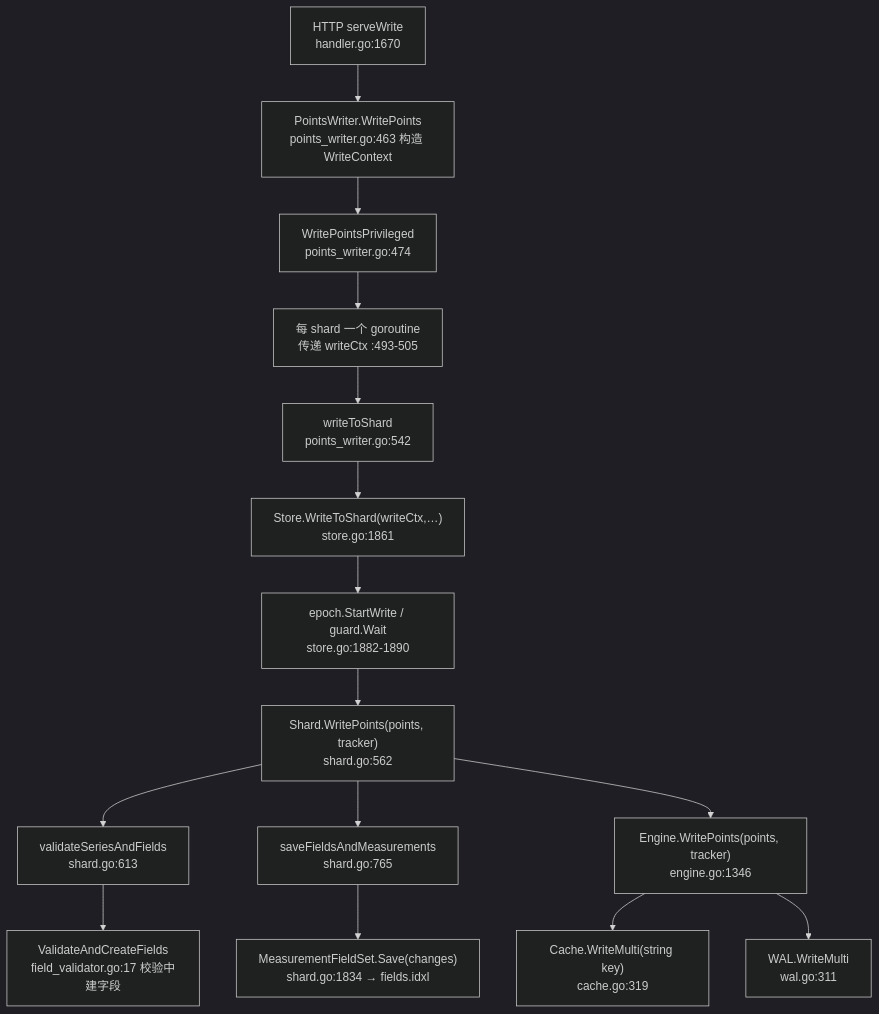
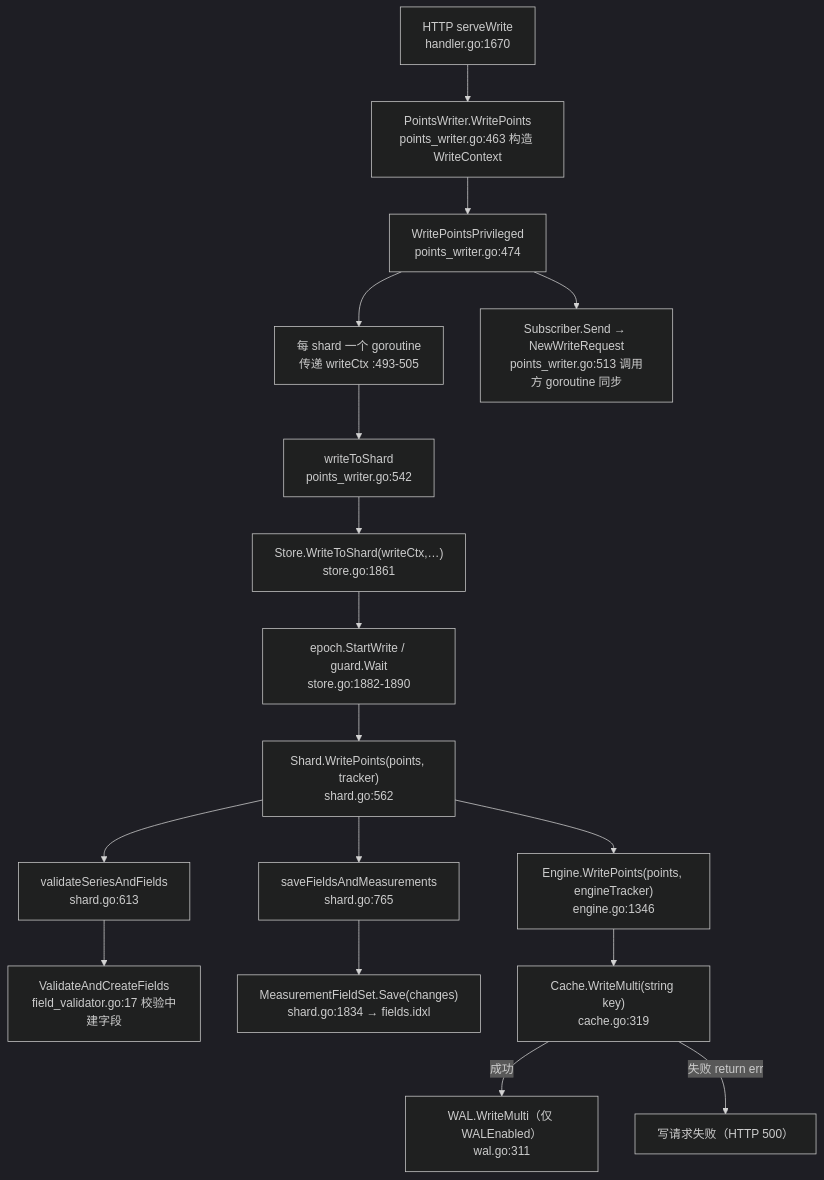
One commit to stefanv5/influxdb changed the second of 3 diagrams in docs/specs/v1.8.10-vs-v1.12.3/01_write_path_diff.md. Above: the diagram before and after it, drawn with Mermaid (dark theme). The commit also changed other lines of this file and 7 other files, not shown here.

First line of the commit message:
docs: fix code snippets and flows in the version-diff study

````diff
--- a/docs/specs/v1.8.10-vs-v1.12.3/01_write_path_diff.md
+++ b/docs/specs/v1.8.10-vs-v1.12.3/01_write_path_diff.md
@@ -83,17 +84,19 @@
 ```mermaid
 flowchart TD
     H2["HTTP serveWrite<br/>handler.go:1670"] --> P2["PointsWriter.WritePoints<br/>points_writer.go:463 构造 WriteContext"]
     P2 --> PP2["WritePointsPrivileged<br/>points_writer.go:474"]
     PP2 --> G2["每 shard 一个 goroutine<br/>传递 writeCtx :493-505"]
+    PP2 --> SUB["Subscriber.Send → NewWriteRequest<br/>points_writer.go:513 调用方 goroutine 同步"]
     G2 --> W2["writeToShard<br/>points_writer.go:542"]
     W2 --> S2["Store.WriteToShard(writeCtx,…)<br/>store.go:1861"]
     S2 --> E2["epoch.StartWrite / guard.Wait<br/>store.go:1882-1890"]
     E2 --> SH2["Shard.WritePoints(points, tracker)<br/>shard.go:562"]
     SH2 --> V2["validateSeriesAndFields<br/>shard.go:613"]
     V2 --> VC2["ValidateAndCreateFields<br/>field_validator.go:17 校验中建字段"]
     SH2 --> CF2["saveFieldsAndMeasurements<br/>shard.go:765"]
     CF2 --> CL2["MeasurementFieldSet.Save(changes)<br/>shard.go:1834 → fields.idxl"]
-    SH2 --> EN2["Engine.WritePoints(points, tracker)<br/>engine.go:1346"]
+    SH2 --> EN2["Engine.WritePoints(points, engineTracker)<br/>engine.go:1346"]
     EN2 --> C2["Cache.WriteMulti(string key)<br/>cache.go:319"]
-    EN2 --> L2["WAL.WriteMulti<br/>wal.go:311"]
+    C2 -->|"成功"| L2["WAL.WriteMulti（仅 WALEnabled）<br/>wal.go:311"]
+    C2 -->|"失败 return err"| EX2["写请求失败（HTTP 500）"]
 ```
````
